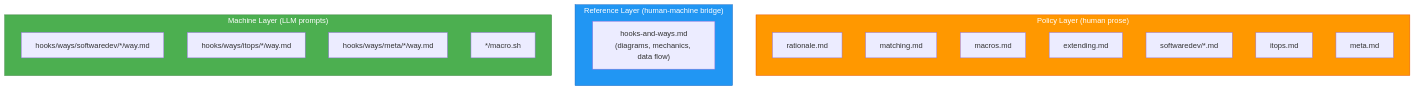
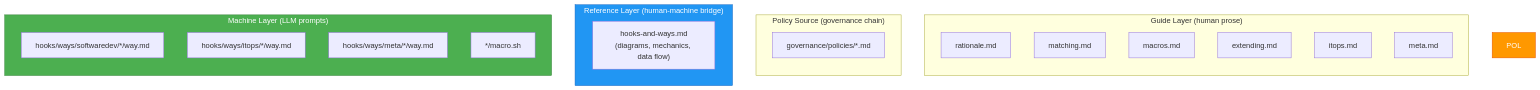
Before and after one commit to aaronsb/claude-code-config: the second of 3 diagrams in docs/hooks-and-ways/README.md, drawn with Mermaid. The commit also changed other lines of this file and 30 other files, not shown here.

````diff
--- a/docs/hooks-and-ways/README.md
+++ b/docs/hooks-and-ways/README.md
@@ -50,33 +50,37 @@
 ```mermaid
 flowchart TD
     classDef policy fill:#FF9800,stroke:#E65100,color:#fff
     classDef ref fill:#2196F3,stroke:#1565C0,color:#fff
     classDef machine fill:#4CAF50,stroke:#2E7D32,color:#fff
 
-    subgraph POL ["Policy Layer (human prose)"]
+    subgraph GUIDE ["Guide Layer (human prose)"]
         direction TB
         R[rationale.md]
         M[matching.md]
         MA[macros.md]
         E[extending.md]
-        SD["softwaredev/*.md"]
         IT[itops.md]
         ME[meta.md]
+    end
+
+    subgraph GOV ["Policy Source (governance chain)"]
+        direction TB
+        SD["governance/policies/*.md"]
     end
 
     subgraph REF ["Reference Layer (human-machine bridge)"]
         HW["hooks-and-ways.md<br/>(diagrams, mechanics, data flow)"]
     end
 
     subgraph MAC ["Machine Layer (LLM prompts)"]
         direction TB
         W1["hooks/ways/softwaredev/*/way.md"]
         W2["hooks/ways/itops/*/way.md"]
         W3["hooks/ways/meta/*/way.md"]
         M1["*/macro.sh"]
     end
 
     POL:::policy
     REF:::ref
     MAC:::machine
 ```
````
